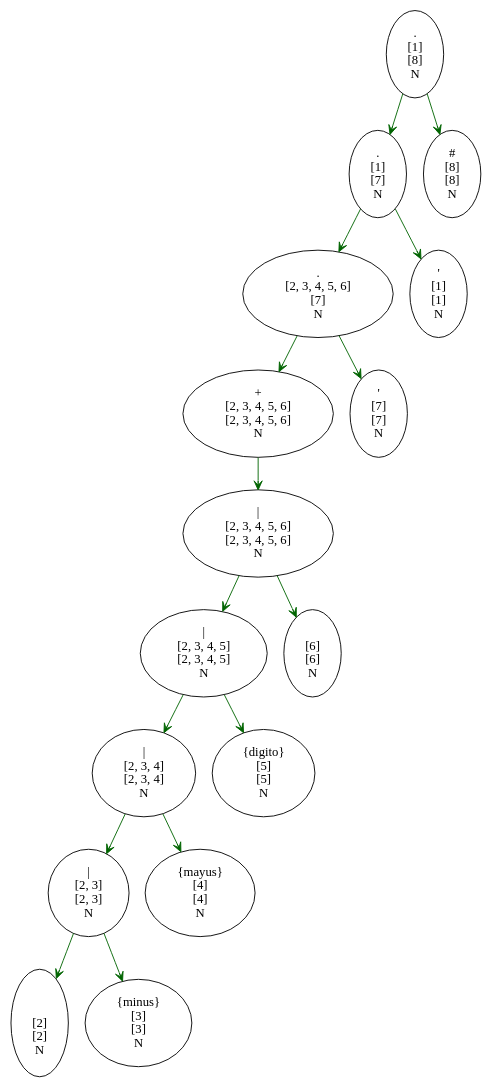
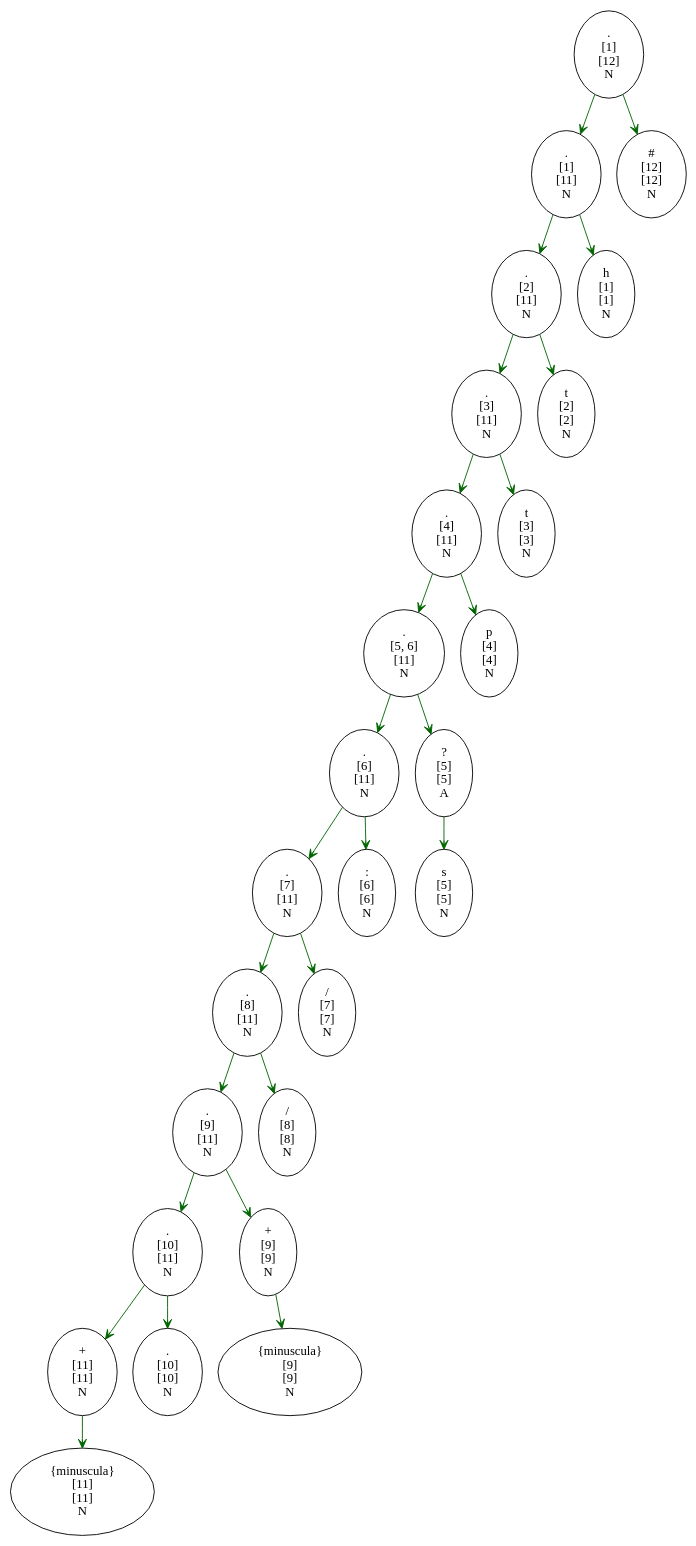
One commit to SeZamora/202002591_PY1_OLC1 changed the diagram in reportes/Arbol_202002591/Arbol2.dot. Above: the diagram before and after it, drawn with Graphviz. The commit also changed 53 other files, not shown here.

```diff
--- a/reportes/Arbol_202002591/Arbol2.dot
+++ b/reportes/Arbol_202002591/Arbol2.dot
@@ -1,83 +1,133 @@
 digraph G {
  layout=dot 
 labelloc = "t"edge [weigth=1000  color=darkgreen  arrowtail="open" arrowhead="open"]
+Nodo1551649647 -> Nodo1780515085;
+Nodo1999200961 -> Nodo274726181;
+Nodo1999200961 -> Nodo1551649647;
+Nodo784792434 -> Nodo1082146638;
+Nodo2080596725 -> Nodo784792434;
+Nodo2080596725 -> Nodo1999200961;
 Nodo333061765 -> Nodo182352615;
-Nodo333061765 -> Nodo1273323197;
-Nodo739678718 -> Nodo333061765;
-Nodo739678718 -> Nodo1870365903;
-Nodo369869445 -> Nodo739678718;
-Nodo369869445 -> Nodo2012898895;
-Nodo1874577447 -> Nodo369869445;
-Nodo1874577447 -> Nodo1549100259;
-Nodo335710726 -> Nodo1874577447;
-Nodo820924119 -> Nodo335710726;
-Nodo820924119 -> Nodo27611677;
-Nodo1990220982 -> Nodo1987230430;
-Nodo1990220982 -> Nodo820924119;
-Nodo875088433 -> Nodo1990220982;
-Nodo875088433 -> Nodo523649811;
-Nodo1987230430[label="\' 
+Nodo333061765 -> Nodo2080596725;
+Nodo1273323197 -> Nodo739678718;
+Nodo1273323197 -> Nodo333061765;
+Nodo1870365903 -> Nodo369869445;
+Nodo1870365903 -> Nodo1273323197;
+Nodo2012898895 -> Nodo1874577447;
+Nodo1549100259 -> Nodo2012898895;
+Nodo1549100259 -> Nodo1870365903;
+Nodo335710726 -> Nodo820924119;
+Nodo335710726 -> Nodo1549100259;
+Nodo27611677 -> Nodo1990220982;
+Nodo27611677 -> Nodo335710726;
+Nodo1987230430 -> Nodo875088433;
+Nodo1987230430 -> Nodo27611677;
+Nodo523649811 -> Nodo1795680687;
+Nodo523649811 -> Nodo1987230430;
+Nodo146803291 -> Nodo523649811;
+Nodo146803291 -> Nodo2060136496;
+Nodo1795680687[label="h 
  [1] 
  [1] 
  N "];
-Nodo182352615[label="\n 
+Nodo875088433[label="t 
  [2] 
  [2] 
  N "];
-Nodo1273323197[label="{minus} 
+Nodo1990220982[label="t 
  [3] 
  [3] 
  N "];
-Nodo333061765[label="| 
- [2, 3] 
- [2, 3] 
- N "];
-Nodo1870365903[label="{mayus} 
+Nodo820924119[label="p 
  [4] 
  [4] 
  N "];
-Nodo739678718[label="| 
- [2, 3, 4] 
- [2, 3, 4] 
- N "];
-Nodo2012898895[label="{digito} 
+Nodo1874577447[label="s 
  [5] 
  [5] 
  N "];
-Nodo369869445[label="| 
- [2, 3, 4, 5] 
- [2, 3, 4, 5] 
- N "];
-Nodo1549100259[label="  
+Nodo2012898895[label="? 
+ [5] 
+ [5] 
+ A "];
+Nodo369869445[label=": 
  [6] 
  [6] 
  N "];
-Nodo1874577447[label="| 
- [2, 3, 4, 5, 6] 
- [2, 3, 4, 5, 6] 
- N "];
-Nodo335710726[label="+ 
- [2, 3, 4, 5, 6] 
- [2, 3, 4, 5, 6] 
- N "];
-Nodo27611677[label="\' 
+Nodo739678718[label="/ 
  [7] 
  [7] 
  N "];
-Nodo820924119[label=". 
- [2, 3, 4, 5, 6] 
- [7] 
- N "];
-Nodo1990220982[label=". 
- [1] 
- [7] 
- N "];
-Nodo523649811[label="# 
+Nodo182352615[label="/ 
  [8] 
  [8] 
  N "];
-Nodo875088433[label=". 
+Nodo1082146638[label="{minuscula} 
+ [9] 
+ [9] 
+ N "];
+Nodo784792434[label="+ 
+ [9] 
+ [9] 
+ N "];
+Nodo274726181[label=". 
+ [10] 
+ [10] 
+ N "];
+Nodo1780515085[label="{minuscula} 
+ [11] 
+ [11] 
+ N "];
+Nodo1551649647[label="+ 
+ [11] 
+ [11] 
+ N "];
+Nodo1999200961[label=". 
+ [10] 
+ [11] 
+ N "];
+Nodo2080596725[label=". 
+ [9] 
+ [11] 
+ N "];
+Nodo333061765[label=". 
+ [8] 
+ [11] 
+ N "];
+Nodo1273323197[label=". 
+ [7] 
+ [11] 
+ N "];
+Nodo1870365903[label=". 
+ [6] 
+ [11] 
+ N "];
+Nodo1549100259[label=". 
+ [5, 6] 
+ [11] 
+ N "];
+Nodo335710726[label=". 
+ [4] 
+ [11] 
+ N "];
+Nodo27611677[label=". 
+ [3] 
+ [11] 
+ N "];
+Nodo1987230430[label=". 
+ [2] 
+ [11] 
+ N "];
+Nodo523649811[label=". 
  [1] 
- [8] 
+ [11] 
+ N "];
+Nodo2060136496[label="# 
+ [12] 
+ [12] 
+ N "];
+Nodo146803291[label=". 
+ [1] 
+ [12] 
  N "];
 }
```
